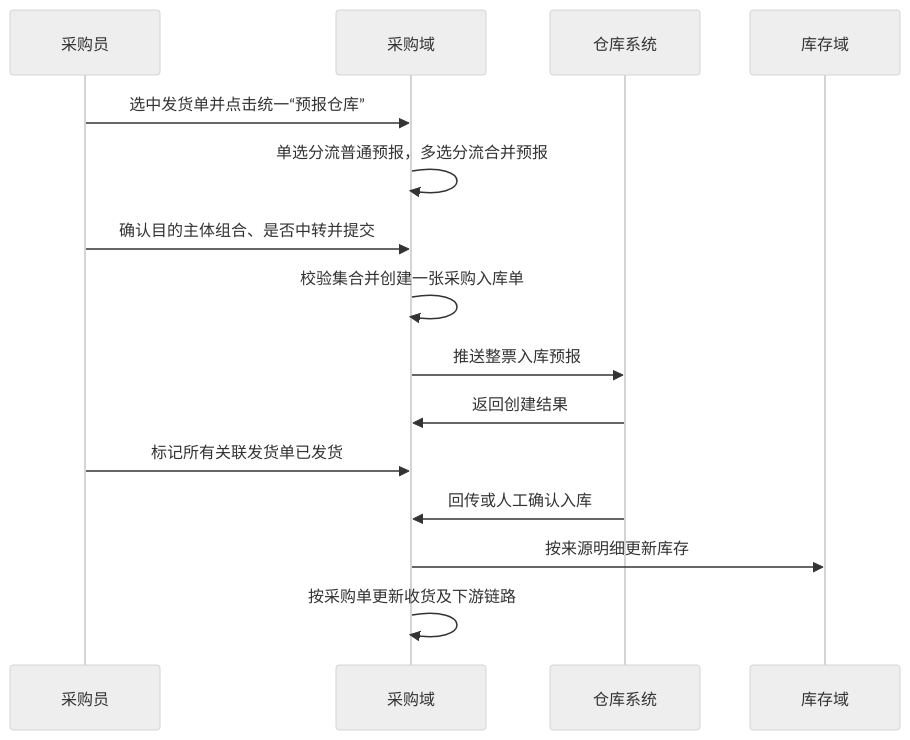
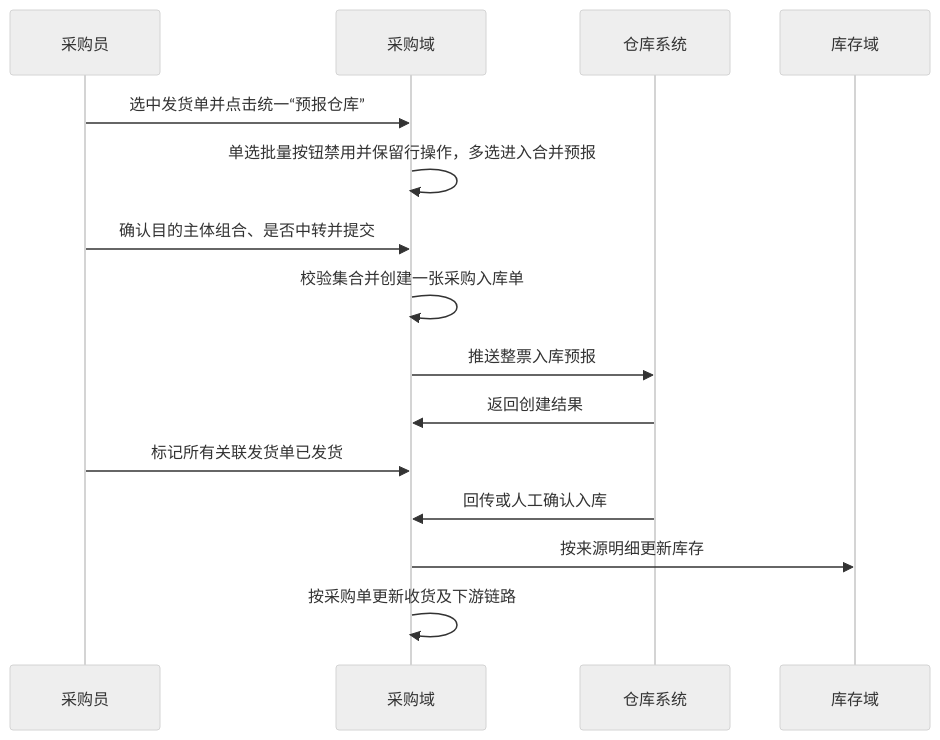
The diagram in docs/v0.28.6/tasks/0192/product-plan.md (arlo-hello/erp-ai-docs-arlo), drawn with Mermaid (neutral theme) before and after one commit. The commit also changed other lines of this file and 5 other files, not shown here.

````diff
--- a/docs/v0.28.6/tasks/0192/product-plan.md
+++ b/docs/v0.28.6/tasks/0192/product-plan.md
@@ -62,17 +62,17 @@
 ```mermaid
 sequenceDiagram
   participant P as 采购员
   participant PUR as 采购域
   participant WMS as 仓库系统
   participant IMS as 库存域
   P->>PUR: 选中发货单并点击统一“预报仓库”
-  PUR->>PUR: 单选分流普通预报，多选分流合并预报
+  PUR->>PUR: 单选批量按钮禁用并保留行操作，多选进入合并预报
   P->>PUR: 确认目的主体组合、是否中转并提交
   PUR->>PUR: 校验集合并创建一张采购入库单
   PUR->>WMS: 推送整票入库预报
   WMS->>PUR: 返回创建结果
   P->>PUR: 标记所有关联发货单已发货
   WMS->>PUR: 回传或人工确认入库
   PUR->>IMS: 按来源明细更新库存
   PUR->>PUR: 按采购单更新收货及下游链路
 ```
````
